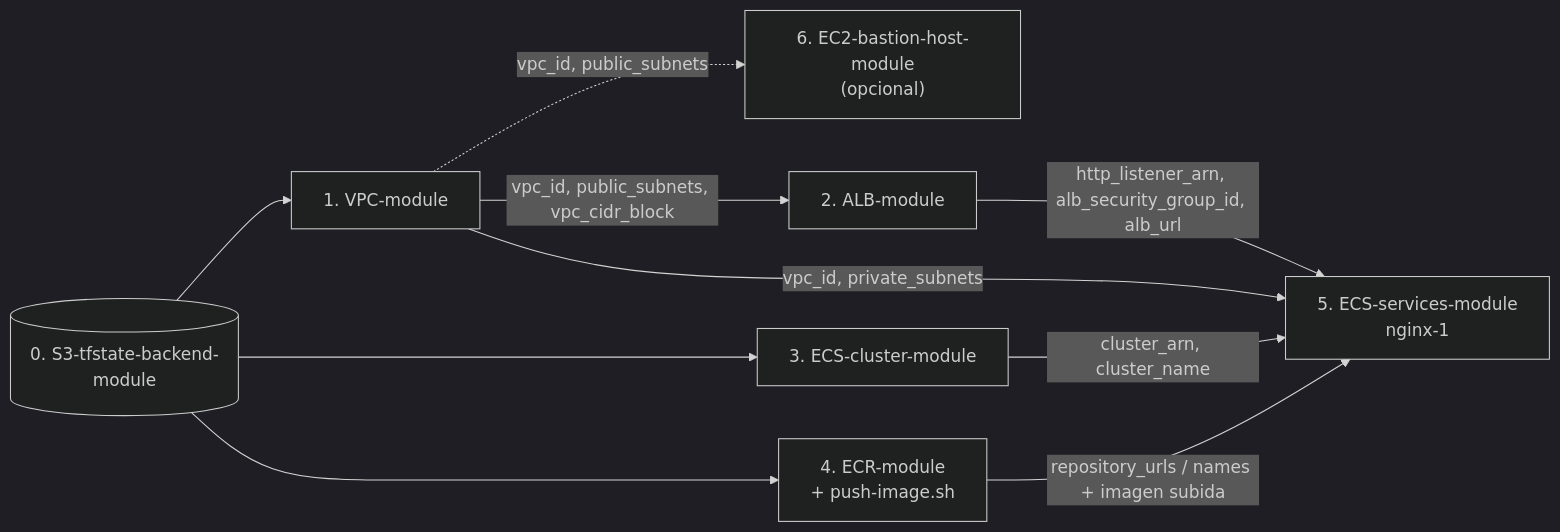
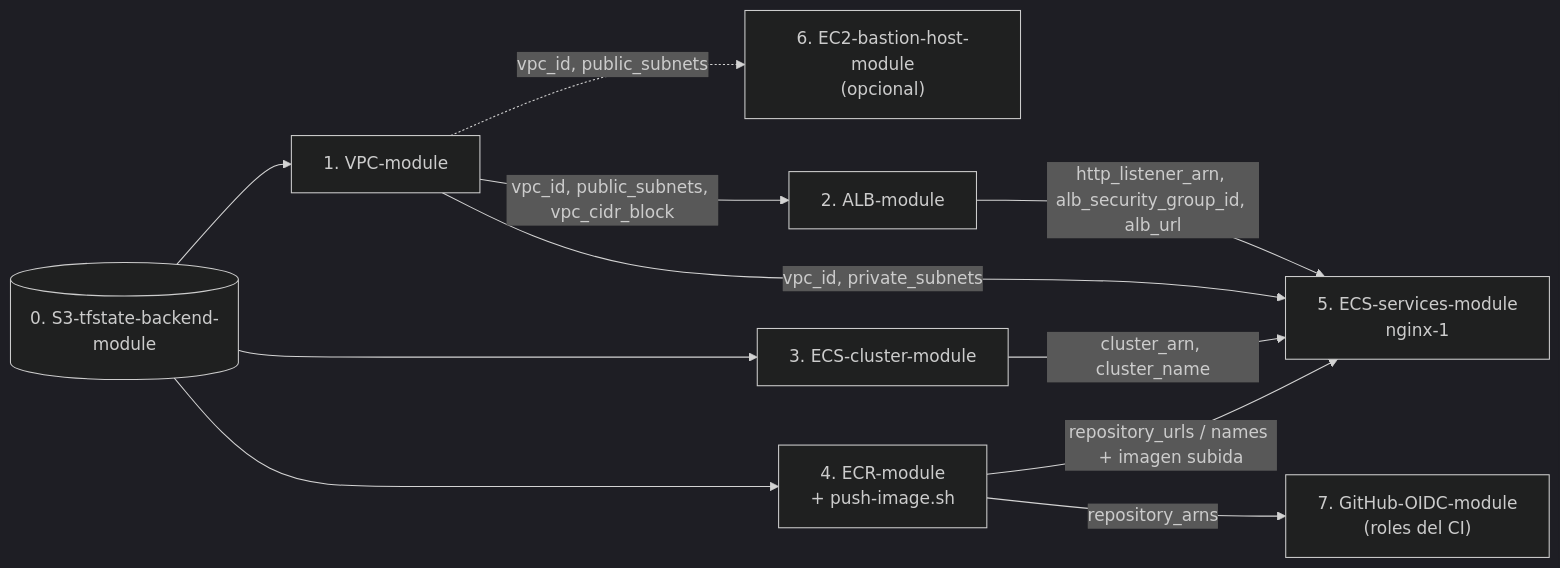
One commit to adrianjsosag/ECS-Tests changed the second of 2 diagrams in Terraform/README.md. Above: the diagram before and after it, drawn with Mermaid (dark theme). The commit also changed other lines of this file and 27 other files, not shown here.

````diff
--- a/Terraform/README.md
+++ b/Terraform/README.md
@@ -122,18 +127,20 @@
 ```mermaid
 flowchart LR
     s3[("0. S3-tfstate-backend-module")]
     vpc["1. VPC-module"]
     alb["2. ALB-module"]
     cluster["3. ECS-cluster-module"]
     ecr["4. ECR-module<br/>+ push-image.sh"]
     svc["5. ECS-services-module<br/>nginx-1"]
     bastion["6. EC2-bastion-host-module<br/>(opcional)"]
+    oidc["7. GitHub-OIDC-module<br/>(roles del CI)"]
 
     s3 --> vpc & cluster & ecr
     vpc -. "vpc_id, public_subnets" .-> bastion
     vpc -- "vpc_id, public_subnets, vpc_cidr_block" --> alb
     vpc -- "vpc_id, private_subnets" --> svc
     alb -- "http_listener_arn, alb_security_group_id, alb_url" --> svc
     cluster -- "cluster_arn, cluster_name" --> svc
     ecr -- "repository_urls / names + imagen subida" --> svc
+    ecr -- "repository_arns" --> oidc
 ```
````
